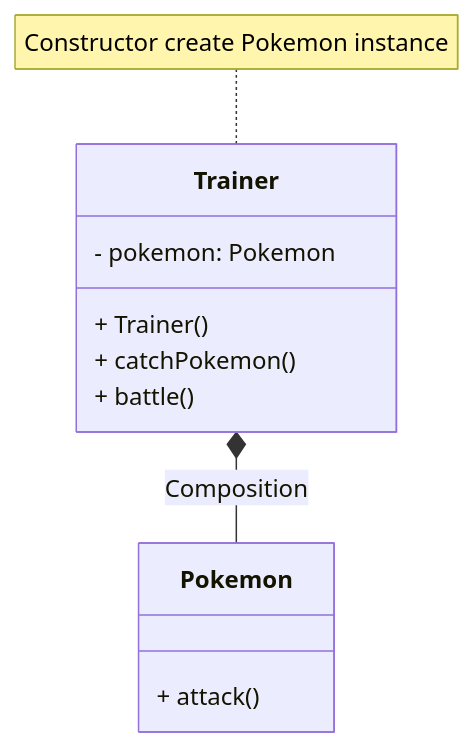
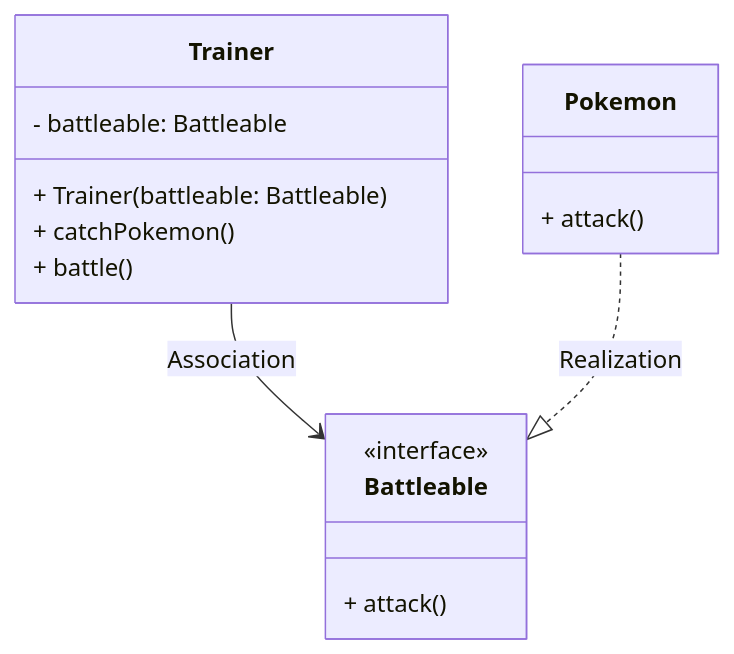
The diagram in week07/src/DIP.md (inhawinter/2023-Software-Engineering), drawn with Mermaid before and after one commit.

Commit message:
week07 class diagram after dip

````diff
--- a/week07/src/DIP.md
+++ b/week07/src/DIP.md
@@ -1,16 +1,20 @@
 ```mermaid
 classDiagram
-    Trainer *-- Pokemon : Composition
+    Trainer --> Battleable : Association
+    Pokemon ..|> Battleable : Realization
+    class Battleable {
+        <<interface>>
+        + attack()
+    }
     
-    note for Trainer "Constructor create Pokemon instance"
     class Trainer {
-        - pokemon: Pokemon
-        + Trainer()
+        - battleable: Battleable
+        + Trainer(battleable: Battleable)
         + catchPokemon()
         + battle()
     }
     
     class Pokemon {
         + attack()
     }
 ```
````
